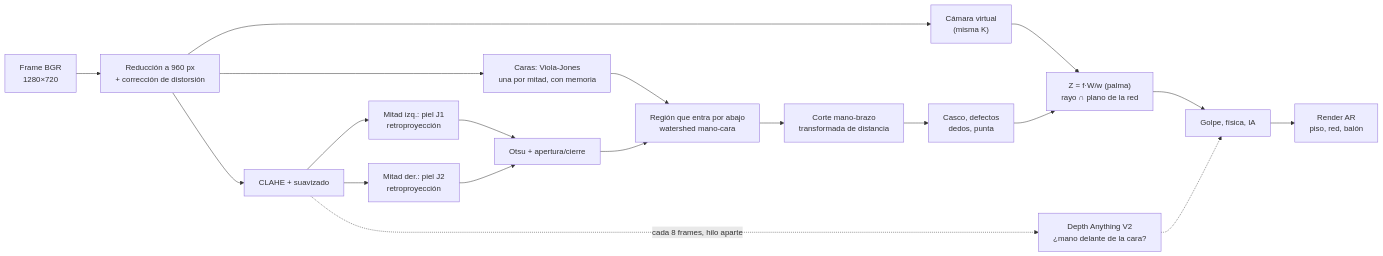
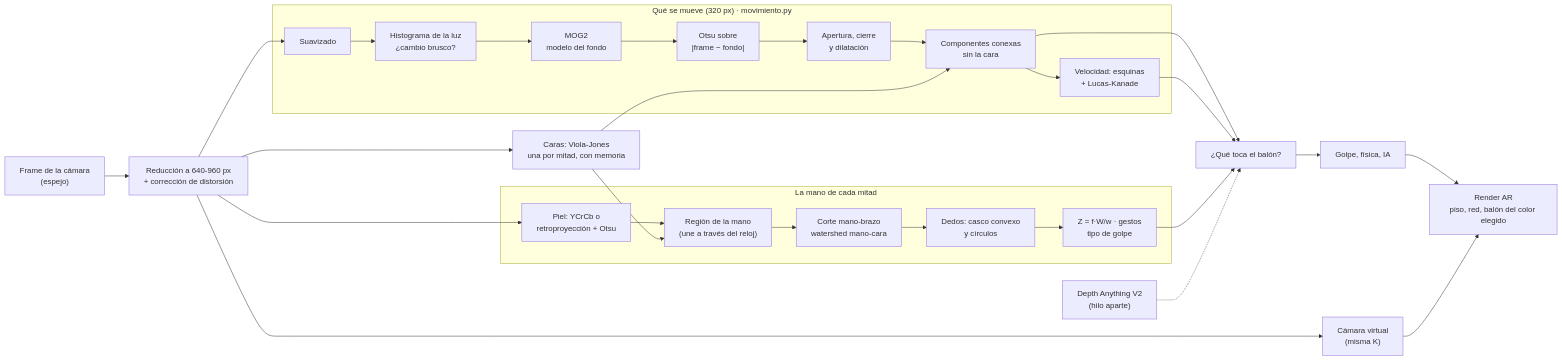
Before and after one commit to Jeol28/Voley-AR: the third of 3 diagrams in README.md, drawn with Mermaid. The commit also changed other lines of this file, not shown here.

````diff
--- a/README.md
+++ b/README.md
@@ -373,20 +425,31 @@
 ```mermaid
 flowchart LR
-    A["Frame BGR<br/>1280×720"] --> B["Reducción a 960 px<br/>+ corrección de distorsión"]
+    A["Frame de la cámara<br/>(espejo)"] --> B["Reducción a 640-960 px<br/>+ corrección de distorsión"]
     B --> V["Cámara virtual<br/>(misma K)"]
     B --> C["Caras: Viola-Jones<br/>una por mitad, con memoria"]
-    B --> D["CLAHE + suavizado"]
-    D --> E1["Mitad izq.: piel J1<br/>retroproyección"]
-    D --> E2["Mitad der.: piel J2<br/>retroproyección"]
-    E1 & E2 --> F["Otsu + apertura/cierre"]
-    F --> G["Región que entra por abajo<br/>watershed mano-cara"]
-    C --> G
-    G --> I["Corte mano-brazo<br/>transformada de distancia"]
-    I --> J["Casco, defectos<br/>dedos, punta"]
-    J --> K["Z = f·W/w (palma)<br/>rayo ∩ plano de la red"]
-    V --> K
-    K --> L["Golpe, física, IA"]
-    L --> M["Render AR<br/>piso, red, balón"]
-    D -. cada 8 frames, hilo aparte .-> N["Depth Anything V2<br/>¿mano delante de la cara?"]
-    N -.-> L
+    subgraph Mov["Qué se mueve (320 px) · movimiento.py"]
+        M1["Suavizado"] --> M2["Histograma de la luz<br/>¿cambio brusco?"]
+        M2 --> M3["MOG2<br/>modelo del fondo"]
+        M3 --> M4["Otsu sobre<br/>|frame − fondo|"]
+        M4 --> M5["Apertura, cierre<br/>y dilatación"]
+        M5 --> M6["Componentes conexas<br/>sin la cara"]
+        M6 --> M7["Velocidad: esquinas<br/>+ Lucas-Kanade"]
+    end
+    B --> M1
+    C --> M6
+    subgraph Mano["La mano de cada mitad"]
+        H1["Piel: YCrCb o<br/>retroproyección + Otsu"] --> H2["Región de la mano<br/>(une a través del reloj)"]
+        H2 --> H3["Corte mano-brazo<br/>watershed mano-cara"]
+        H3 --> H4["Dedos: casco convexo<br/>y círculos"]
+        H4 --> H5["Z = f·W/w · gestos<br/>tipo de golpe"]
+    end
+    B --> H1
+    C --> H2
+    M6 --> T["¿Qué toca el balón?"]
+    M7 --> T
+    H5 --> T
+    D["Depth Anything V2<br/>(hilo aparte)"] -.-> T
+    T --> L["Golpe, física, IA"]
+    L --> R["Render AR<br/>piso, red, balón del color elegido"]
+    V --> R
 ```
````
